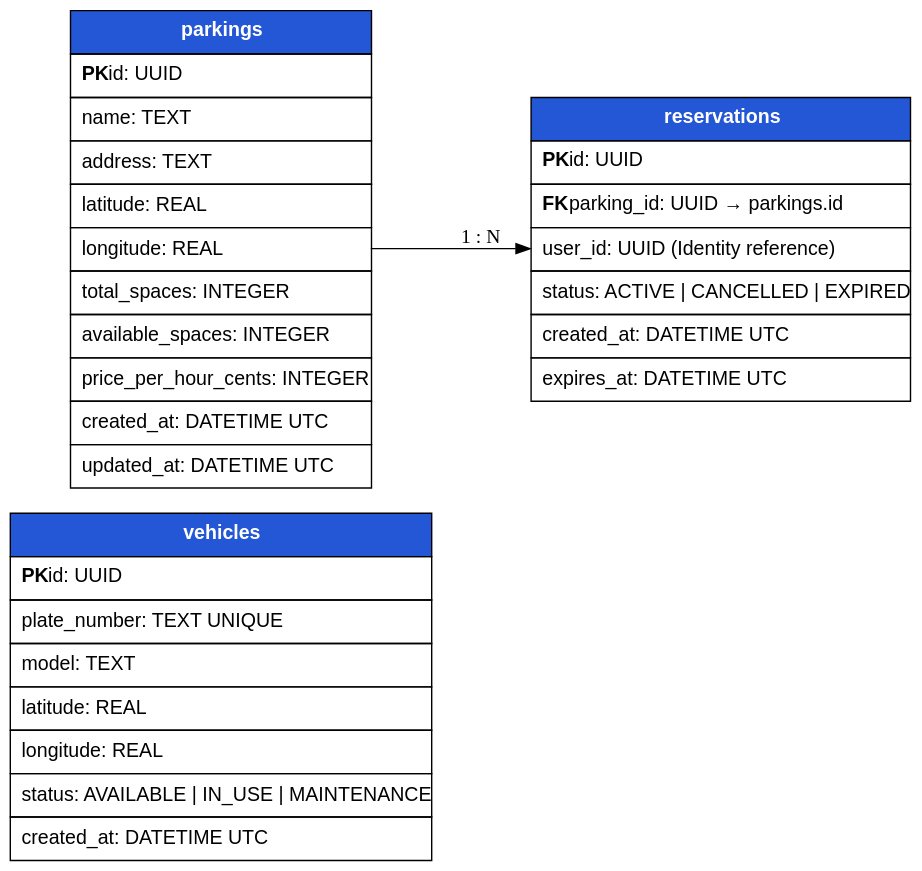
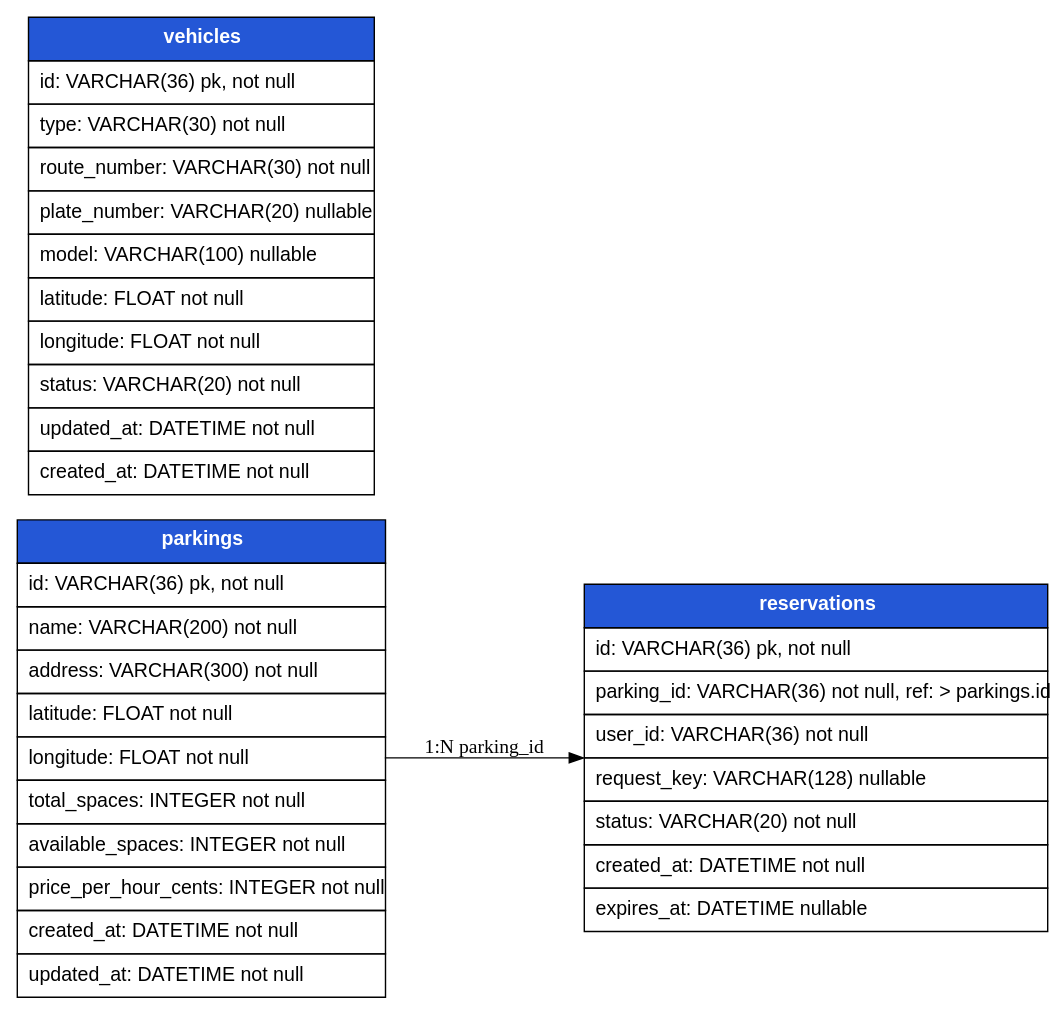
One commit to dydojopka/SmartCity changed the diagram in smart-city/database-design/transport/schema.dot. Above: the diagram before and after it, drawn with Graphviz. The commit also changed 12 other files, not shown here.

```diff
--- a/smart-city/database-design/transport/schema.dot
+++ b/smart-city/database-design/transport/schema.dot
@@ -1,47 +1,8 @@
-digraph transport_schema {
-  graph [rankdir=LR, bgcolor="transparent"];
-  node [shape=plain fontname="Arial"];
-
-  vehicles [label=<
-    <TABLE BORDER="0" CELLBORDER="1" CELLSPACING="0" CELLPADDING="7">
-      <TR><TD BGCOLOR="#2457d6"><FONT COLOR="white"><B>vehicles</B></FONT></TD></TR>
-      <TR><TD ALIGN="LEFT"><B>PK</B> id: UUID</TD></TR>
-      <TR><TD ALIGN="LEFT">plate_number: TEXT UNIQUE</TD></TR>
-      <TR><TD ALIGN="LEFT">model: TEXT</TD></TR>
-      <TR><TD ALIGN="LEFT">latitude: REAL</TD></TR>
-      <TR><TD ALIGN="LEFT">longitude: REAL</TD></TR>
-      <TR><TD ALIGN="LEFT">status: AVAILABLE | IN_USE | MAINTENANCE</TD></TR>
-      <TR><TD ALIGN="LEFT">created_at: DATETIME UTC</TD></TR>
-    </TABLE>
-  >];
-
-  parkings [label=<
-    <TABLE BORDER="0" CELLBORDER="1" CELLSPACING="0" CELLPADDING="7">
-      <TR><TD BGCOLOR="#2457d6"><FONT COLOR="white"><B>parkings</B></FONT></TD></TR>
-      <TR><TD ALIGN="LEFT"><B>PK</B> id: UUID</TD></TR>
-      <TR><TD ALIGN="LEFT">name: TEXT</TD></TR>
-      <TR><TD ALIGN="LEFT">address: TEXT</TD></TR>
-      <TR><TD ALIGN="LEFT">latitude: REAL</TD></TR>
-      <TR><TD ALIGN="LEFT">longitude: REAL</TD></TR>
-      <TR><TD ALIGN="LEFT">total_spaces: INTEGER</TD></TR>
-      <TR><TD ALIGN="LEFT">available_spaces: INTEGER</TD></TR>
-      <TR><TD ALIGN="LEFT">price_per_hour_cents: INTEGER</TD></TR>
-      <TR><TD ALIGN="LEFT">created_at: DATETIME UTC</TD></TR>
-      <TR><TD ALIGN="LEFT">updated_at: DATETIME UTC</TD></TR>
-    </TABLE>
-  >];
-
-  reservations [label=<
-    <TABLE BORDER="0" CELLBORDER="1" CELLSPACING="0" CELLPADDING="7">
-      <TR><TD BGCOLOR="#2457d6"><FONT COLOR="white"><B>reservations</B></FONT></TD></TR>
-      <TR><TD ALIGN="LEFT"><B>PK</B> id: UUID</TD></TR>
-      <TR><TD ALIGN="LEFT"><B>FK</B> parking_id: UUID → parkings.id</TD></TR>
-      <TR><TD ALIGN="LEFT">user_id: UUID (Identity reference)</TD></TR>
-      <TR><TD ALIGN="LEFT">status: ACTIVE | CANCELLED | EXPIRED</TD></TR>
-      <TR><TD ALIGN="LEFT">created_at: DATETIME UTC</TD></TR>
-      <TR><TD ALIGN="LEFT">expires_at: DATETIME UTC</TD></TR>
-    </TABLE>
-  >];
-
-  parkings -> reservations [label="1 : N"];
+digraph schema {
+graph [rankdir=LR, bgcolor="white"];
+node [shape=plain fontname="Arial"];
+parkings [label=<<TABLE BORDER="0" CELLBORDER="1" CELLSPACING="0" CELLPADDING="7"><TR><TD BGCOLOR="#2457d6"><FONT COLOR="white"><B>parkings</B></FONT></TD></TR><TR><TD ALIGN="LEFT">id: VARCHAR(36) pk, not null</TD></TR><TR><TD ALIGN="LEFT">name: VARCHAR(200) not null</TD></TR><TR><TD ALIGN="LEFT">address: VARCHAR(300) not null</TD></TR><TR><TD ALIGN="LEFT">latitude: FLOAT not null</TD></TR><TR><TD ALIGN="LEFT">longitude: FLOAT not null</TD></TR><TR><TD ALIGN="LEFT">total_spaces: INTEGER not null</TD></TR><TR><TD ALIGN="LEFT">available_spaces: INTEGER not null</TD></TR><TR><TD ALIGN="LEFT">price_per_hour_cents: INTEGER not null</TD></TR><TR><TD ALIGN="LEFT">created_at: DATETIME not null</TD></TR><TR><TD ALIGN="LEFT">updated_at: DATETIME not null</TD></TR></TABLE>>];
+vehicles [label=<<TABLE BORDER="0" CELLBORDER="1" CELLSPACING="0" CELLPADDING="7"><TR><TD BGCOLOR="#2457d6"><FONT COLOR="white"><B>vehicles</B></FONT></TD></TR><TR><TD ALIGN="LEFT">id: VARCHAR(36) pk, not null</TD></TR><TR><TD ALIGN="LEFT">type: VARCHAR(30) not null</TD></TR><TR><TD ALIGN="LEFT">route_number: VARCHAR(30) not null</TD></TR><TR><TD ALIGN="LEFT">plate_number: VARCHAR(20) nullable</TD></TR><TR><TD ALIGN="LEFT">model: VARCHAR(100) nullable</TD></TR><TR><TD ALIGN="LEFT">latitude: FLOAT not null</TD></TR><TR><TD ALIGN="LEFT">longitude: FLOAT not null</TD></TR><TR><TD ALIGN="LEFT">status: VARCHAR(20) not null</TD></TR><TR><TD ALIGN="LEFT">updated_at: DATETIME not null</TD></TR><TR><TD ALIGN="LEFT">created_at: DATETIME not null</TD></TR></TABLE>>];
+reservations [label=<<TABLE BORDER="0" CELLBORDER="1" CELLSPACING="0" CELLPADDING="7"><TR><TD BGCOLOR="#2457d6"><FONT COLOR="white"><B>reservations</B></FONT></TD></TR><TR><TD ALIGN="LEFT">id: VARCHAR(36) pk, not null</TD></TR><TR><TD ALIGN="LEFT">parking_id: VARCHAR(36) not null, ref: &gt; parkings.id</TD></TR><TR><TD ALIGN="LEFT">user_id: VARCHAR(36) not null</TD></TR><TR><TD ALIGN="LEFT">request_key: VARCHAR(128) nullable</TD></TR><TR><TD ALIGN="LEFT">status: VARCHAR(20) not null</TD></TR><TR><TD ALIGN="LEFT">created_at: DATETIME not null</TD></TR><TR><TD ALIGN="LEFT">expires_at: DATETIME nullable</TD></TR></TABLE>>];
+parkings -> reservations [label="1:N parking_id"];
 }
```
